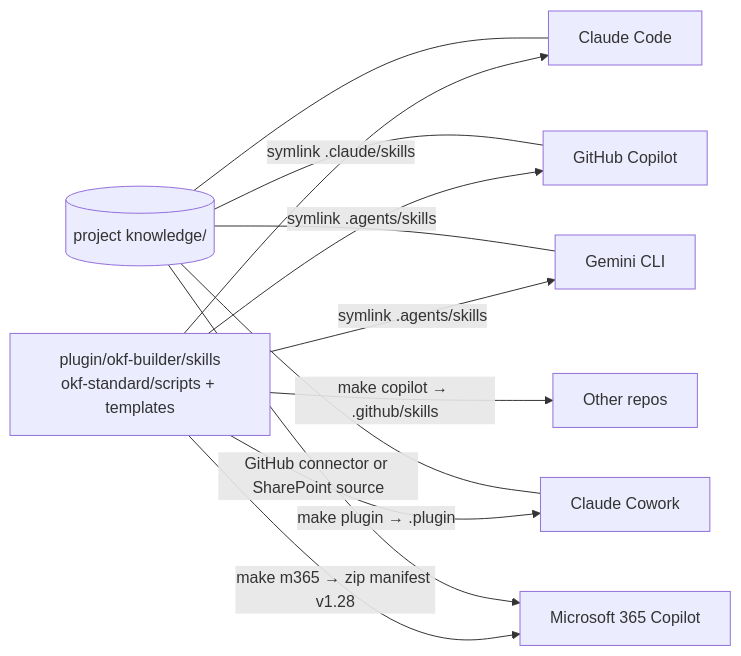
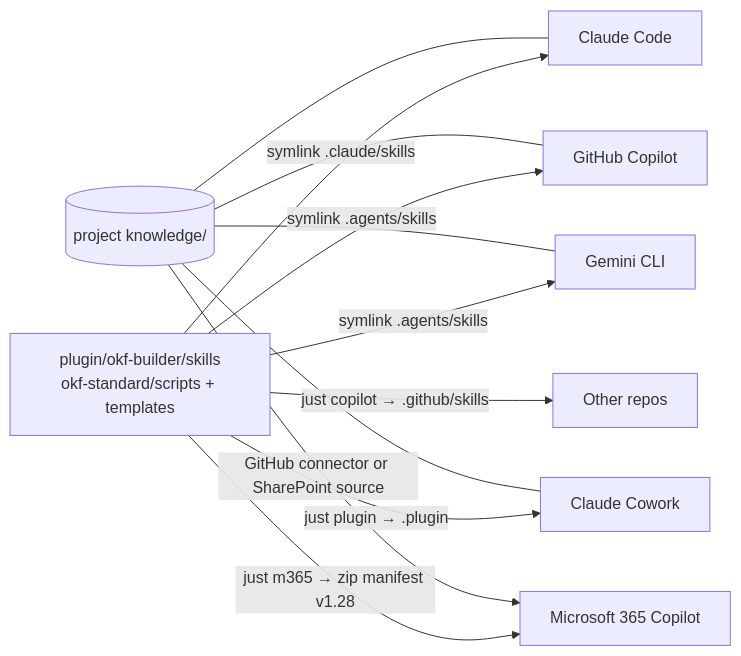
Before and after one commit to jisequilla/j3r3-okf-builder: the diagram in knowledge/base/architecture/single-source-projections.md, drawn with Mermaid. The commit also changed other lines of this file and 30 other files, not shown here.

````diff
--- a/knowledge/base/architecture/single-source-projections.md
+++ b/knowledge/base/architecture/single-source-projections.md
@@ -12,12 +12,12 @@
 ```mermaid
 flowchart LR
   SRC[plugin/okf-builder/skills<br/>okf-standard/scripts + templates] 
   SRC -->|symlink .claude/skills| CC[Claude Code]
   SRC -->|symlink .agents/skills| GH[GitHub Copilot]
   SRC -->|symlink .agents/skills| GM[Gemini CLI]
-  SRC -->|make plugin → .plugin| CW[Claude Cowork]
-  SRC -->|make m365 → zip manifest v1.28| M365[Microsoft 365 Copilot]
-  SRC -->|make copilot → .github/skills| OTR[Other repos]
+  SRC -->|just plugin → .plugin| CW[Claude Cowork]
+  SRC -->|just m365 → zip manifest v1.28| M365[Microsoft 365 Copilot]
+  SRC -->|just copilot → .github/skills| OTR[Other repos]
   K[(project knowledge/)] --- CC & GH & GM & CW
   K -->|GitHub connector or SharePoint source| M365
 ```
````
